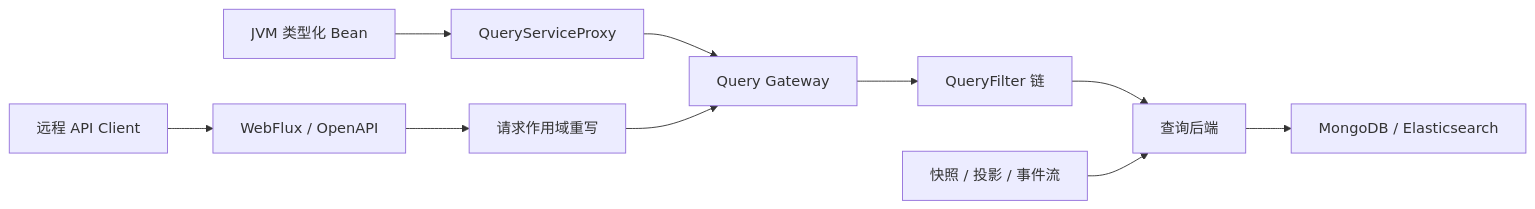
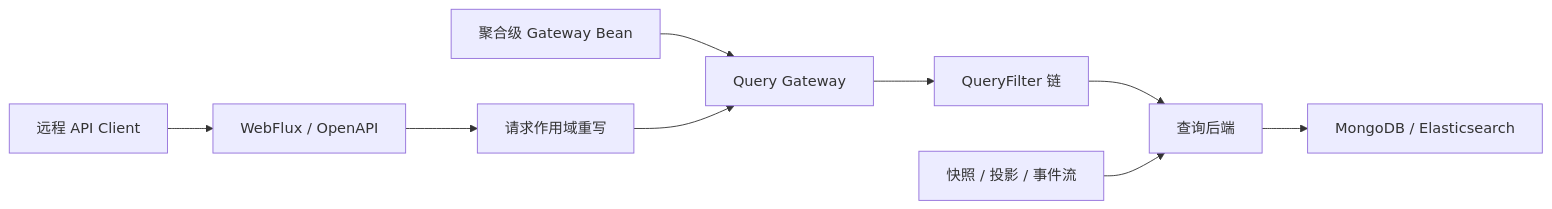
One commit to Ahoo-Wang/Wow changed the diagram in documentation/docs/zh/guide/query.md. Above: the diagram before and after it, drawn with Mermaid. The commit also changed other lines of this file and 248 other files, not shown here.

First line of the commit message:
refactor(query): introduce V9 query gateway backends (#3095)

````diff
--- a/documentation/docs/zh/guide/query.md
+++ b/documentation/docs/zh/guide/query.md
@@ -33,12 +33,11 @@
 ```mermaid
 flowchart LR
-    Local["JVM 类型化 Bean"] --> Proxy["QueryServiceProxy"]
+    Local["聚合级 Gateway Bean"] --> Gateway["Query Gateway"]
     Client["远程 API Client"] --> HTTP["WebFlux / OpenAPI"]
     HTTP --> Rewrite["请求作用域重写"]
-    Proxy --> Gateway["Query Gateway"]
     Rewrite --> Gateway
     Gateway --> Filters["QueryFilter 链"]
     Filters --> Backend["查询后端"]
     Models["快照 / 投影 / 事件流"] --> Backend
     Backend --> Storage["MongoDB / Elasticsearch"]
 ```
````
